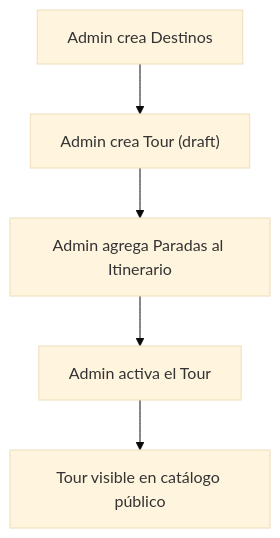
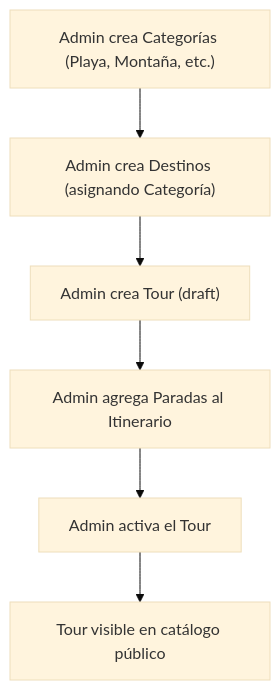
The second of 6 diagrams in docs/mvp-architecture.md (verlumyx/travel_demo), drawn with Mermaid (base theme) before and after one commit. The commit also changed other lines of this file and 1 other file, not shown here.

Commit message:
docs: definir fases de desarrollo del MVP y modulo de categorias para destinos turisticos

````diff
--- a/docs/mvp-architecture.md
+++ b/docs/mvp-architecture.md
@@ -871,7 +924,8 @@
 ```mermaid
 flowchart TD
-    A["Admin crea Destinos"] --> B["Admin crea Tour (draft)"]
+    A0["Admin crea Categorías (Playa, Montaña, etc.)"] --> A["Admin crea Destinos (asignando Categoría)"]
+    A --> B["Admin crea Tour (draft)"]
     B --> C["Admin agrega Paradas al Itinerario"]
     C --> D["Admin activa el Tour"]
     D --> E["Tour visible en catálogo público"]
 ```
````
